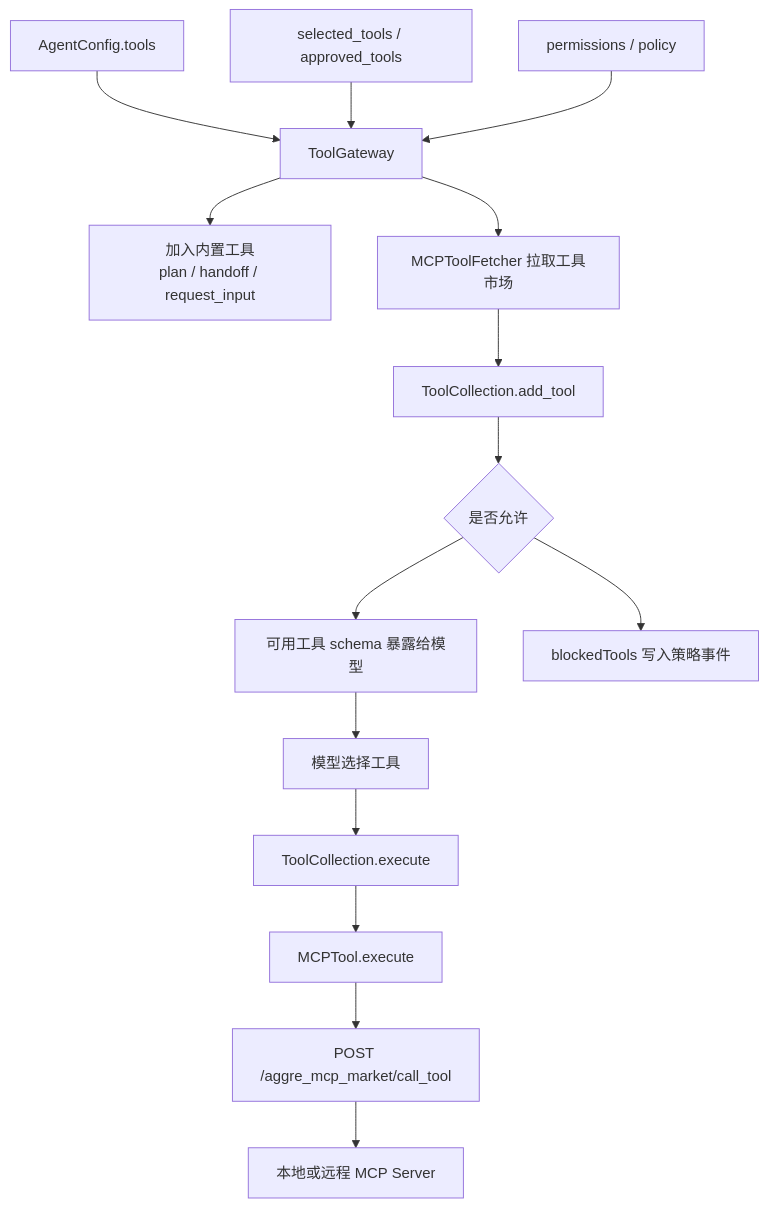
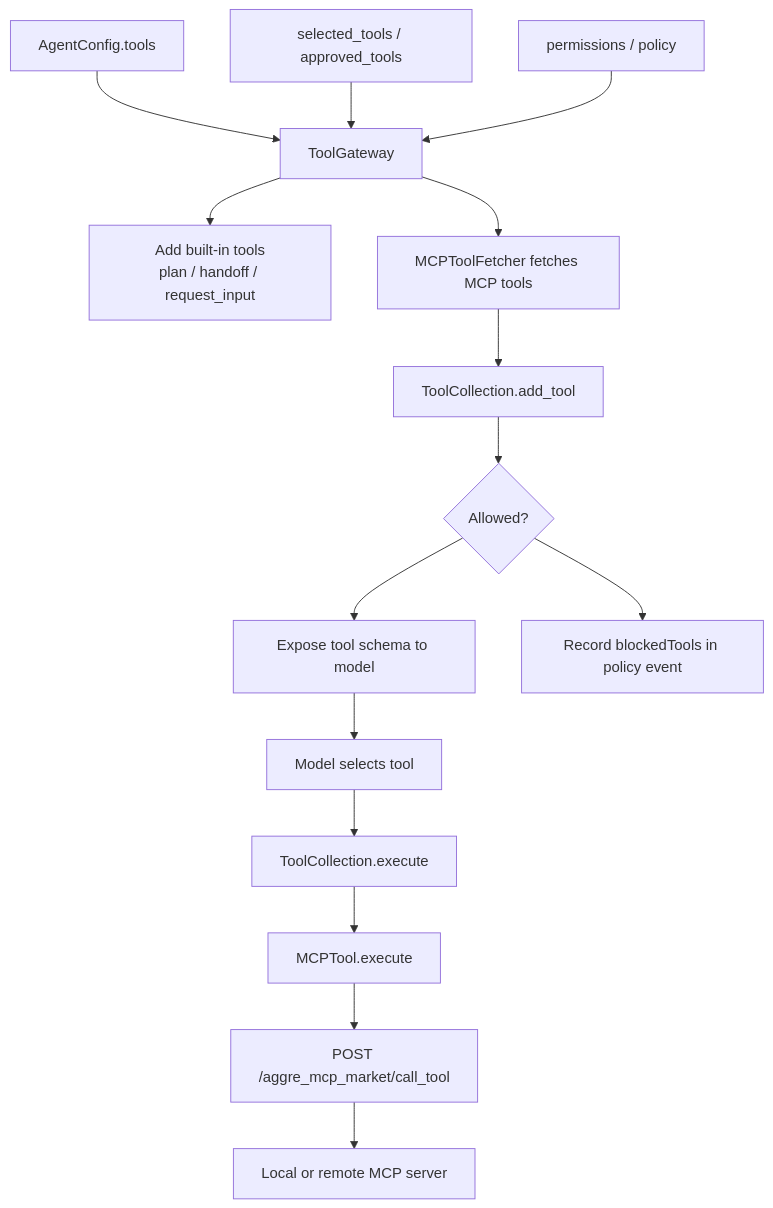
Before and after one commit to youkuxiaobin/task-pilot-agent: the tenth of 18 diagrams in README.md, drawn with Mermaid. The commit also changed other lines of this file and 1 other file, not shown here.

````diff
--- a/README.md
+++ b/README.md
@@ -202,17 +219,17 @@
 ```mermaid
 flowchart TD
   A["AgentConfig.tools"] --> B["ToolGateway"]
   C["selected_tools / approved_tools"] --> B
   D["permissions / policy"] --> B
-  B --> E["加入内置工具<br/>plan / handoff / request_input"]
-  B --> F["MCPToolFetcher 拉取工具市场"]
+  B --> E["Add built-in tools<br/>plan / handoff / request_input"]
+  B --> F["MCPToolFetcher fetches MCP tools"]
   F --> G["ToolCollection.add_tool"]
-  G --> H{"是否允许"}
-  H --> I["可用工具 schema 暴露给模型"]
-  H --> J["blockedTools 写入策略事件"]
-  I --> K["模型选择工具"]
+  G --> H{"Allowed?"}
+  H --> I["Expose tool schema to model"]
+  H --> J["Record blockedTools in policy event"]
+  I --> K["Model selects tool"]
   K --> L["ToolCollection.execute"]
   L --> M["MCPTool.execute"]
   M --> N["POST /aggre_mcp_market/call_tool"]
-  N --> O["本地或远程 MCP Server"]
+  N --> O["Local or remote MCP server"]
 ```
````
